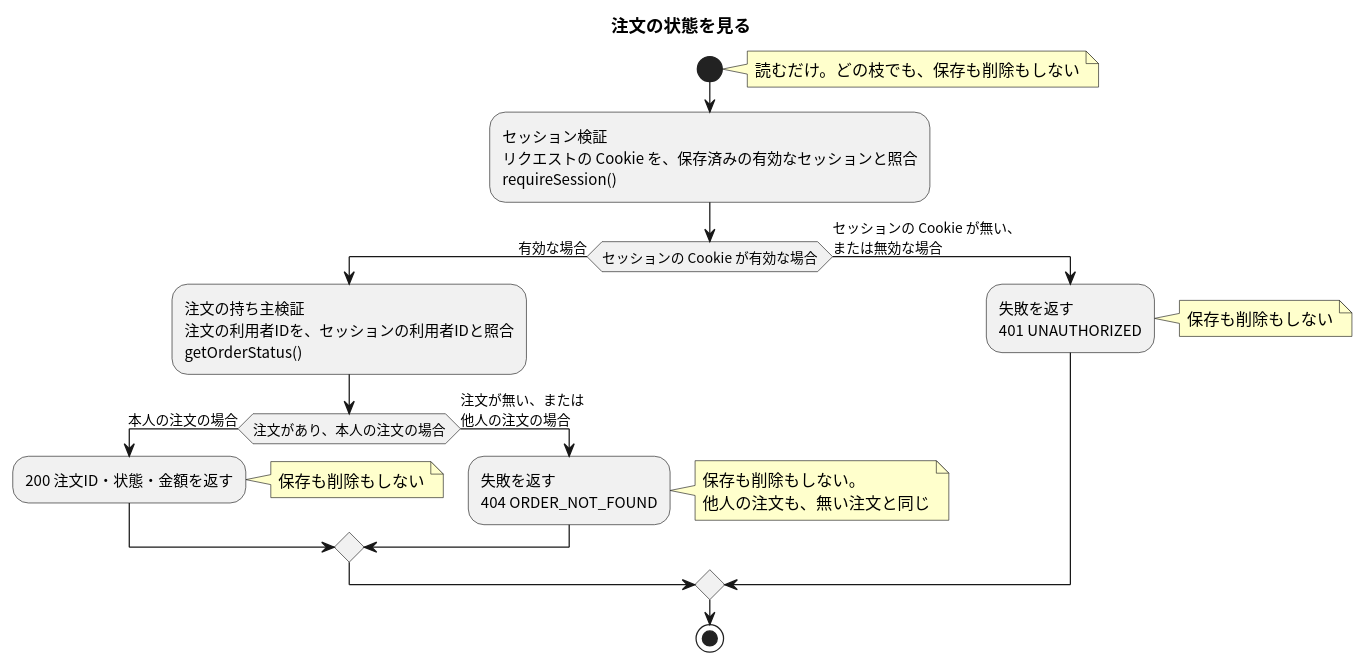
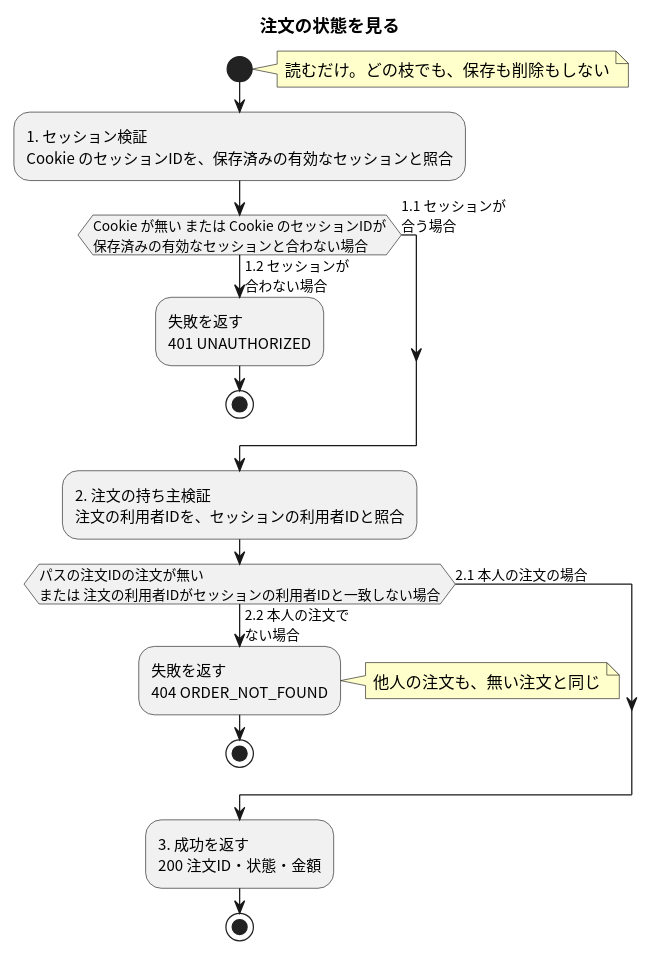
Before and after one commit to masamasamasato/design-doc-template: the diagram in apis/get-order/flow.puml, drawn with PlantUML. The commit also changed other lines of this file and 28 other files, not shown here.

```diff
--- a/apis/get-order/flow.puml
+++ b/apis/get-order/flow.puml
@@ -3,26 +3,26 @@
 @startuml
 skinparam shadowing false
 skinparam defaultFontName "Noto Sans CJK JP"
 skinparam ActivityFontName "Noto Sans CJK JP"
 skinparam NoteBackgroundColor #FFFFCC
 
 title 注文の状態を見る
 
 start
 note right: 読むだけ。どの枝でも、保存も削除もしない
-:セッション検証\nリクエストの Cookie を、保存済みの有効なセッションと照合\nrequireSession();
-if (セッションの Cookie が有効な場合) then (有効な場合)
-  :注文の持ち主検証\n注文の利用者IDを、セッションの利用者IDと照合\ngetOrderStatus();
-  if (注文があり、本人の注文の場合) then (本人の注文の場合)
-    :200 注文ID・状態・金額を返す;
-    note right: 保存も削除もしない
-  else (注文が無い、または\n他人の注文の場合)
-    :失敗を返す\n404 ORDER_NOT_FOUND;
-    note right: 保存も削除もしない。\n他人の注文も、無い注文と同じ
-  endif
-else (セッションの Cookie が無い、\nまたは無効な場合)
+:1. セッション検証\nCookie のセッションIDを、保存済みの有効なセッションと照合;
+if (Cookie が無い または Cookie のセッションIDが\n保存済みの有効なセッションと合わない場合) then (1.2 セッションが\n合わない場合)
   :失敗を返す\n401 UNAUTHORIZED;
-  note right: 保存も削除もしない
+  stop
+else (1.1 セッションが\n合う場合)
 endif
+:2. 注文の持ち主検証\n注文の利用者IDを、セッションの利用者IDと照合;
+if (パスの注文IDの注文が無い\nまたは 注文の利用者IDがセッションの利用者IDと一致しない場合) then (2.2 本人の注文で\nない場合)
+  :失敗を返す\n404 ORDER_NOT_FOUND;
+  note right: 他人の注文も、無い注文と同じ
+  stop
+else (2.1 本人の注文の場合)
+endif
+:3. 成功を返す\n200 注文ID・状態・金額;
 stop
 @enduml
```
